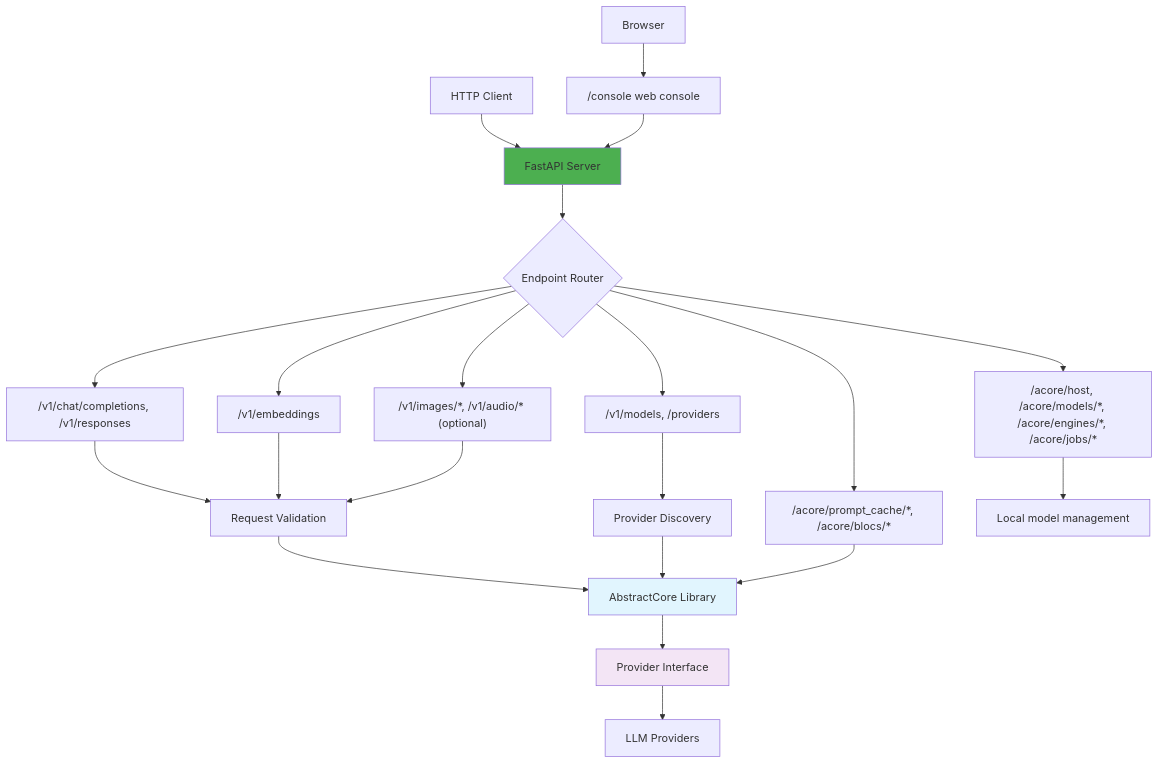
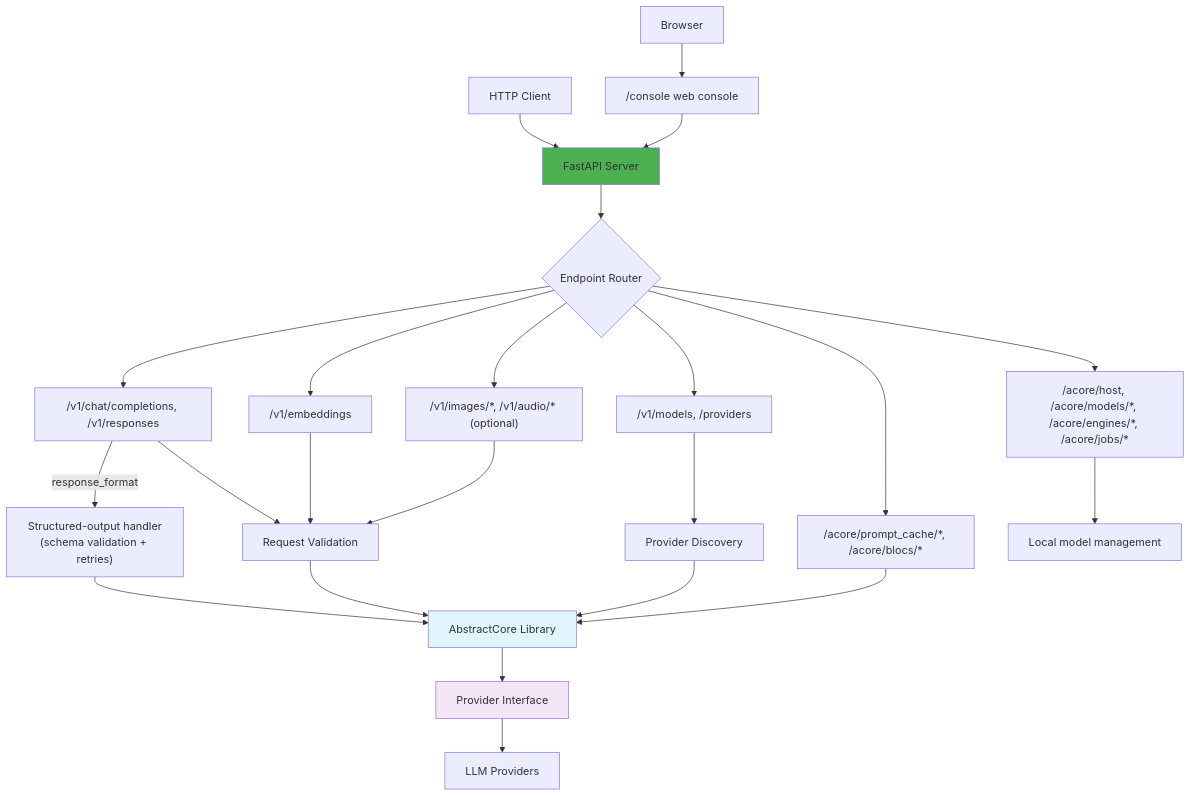
One commit to lpalbou/AbstractCore changed diagram 15 of 19 in docs/architecture.md. Above: the diagram before and after it, drawn with Mermaid. The commit also changed other lines of this file and 13 other files, not shown here.

Commit message:
2.25.0 (planned, 2026-10-04): CHANGELOG [2.25.0]; docs for /v1 response_format structured outputs (server, api, faq, architecture, structured-output, README); console theme re-synced from ui-kit 0.8.0; abstractcore-console crate 0.8.0; llms regenerated

````diff
--- a/docs/architecture.md
+++ b/docs/architecture.md
@@ -858,31 +858,33 @@
 ```mermaid
 graph TD
     A[HTTP Client] --> B[FastAPI Server]
     W[Browser] --> CON["/console web console"]
     CON --> B
     B --> C{Endpoint Router}
 
     C --> D["/v1/chat/completions, /v1/responses"]
     C --> E["/v1/embeddings"]
     C --> F["/v1/models, /providers"]
     C --> Img["/v1/images/*, /v1/audio/* (optional)"]
     C --> Cache["/acore/prompt_cache/*, /acore/blocs/*"]
     C --> Host["/acore/host, /acore/models/*, /acore/engines/*, /acore/jobs/*"]
 
     D --> H[Request Validation]
     E --> H
     Img --> H
     F --> I[Provider Discovery]
+    D -->|"response_format"| SO["Structured-output handler<br/>(schema validation + retries)"]
+    SO --> J
 
     H --> J[AbstractCore Library]
     I --> J
     Cache --> J
     Host --> LM[Local model management]
 
     J --> K[Provider Interface]
     K --> L[LLM Providers]
 
     style B fill:#4caf50
     style J fill:#e1f5fe
     style K fill:#f3e5f5
 ```
````
